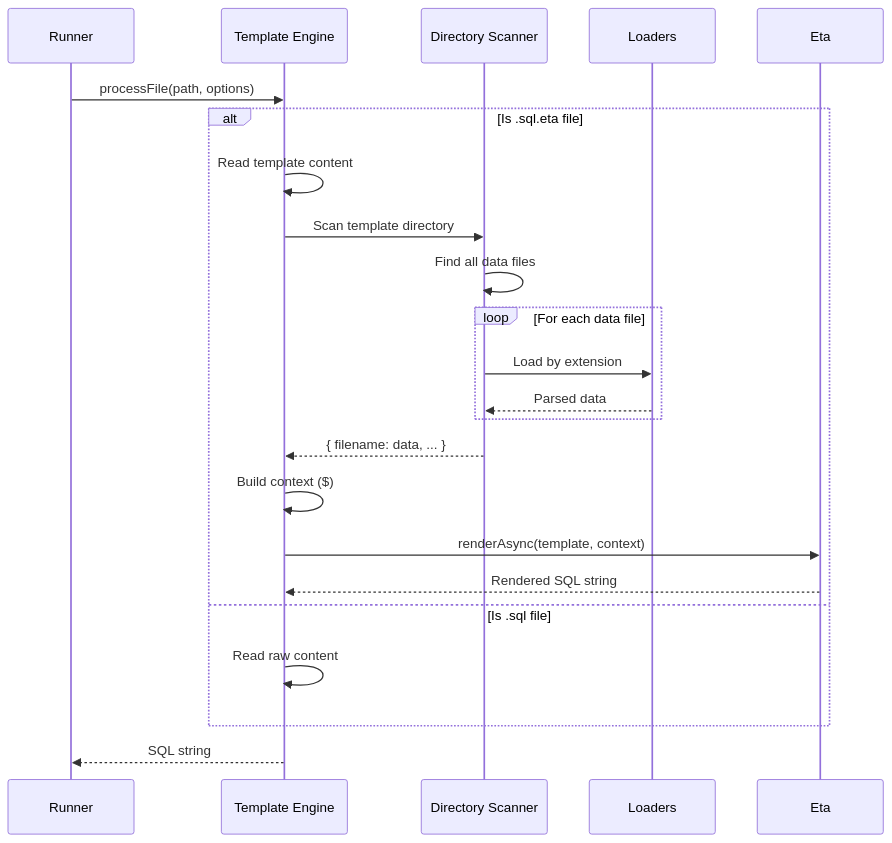
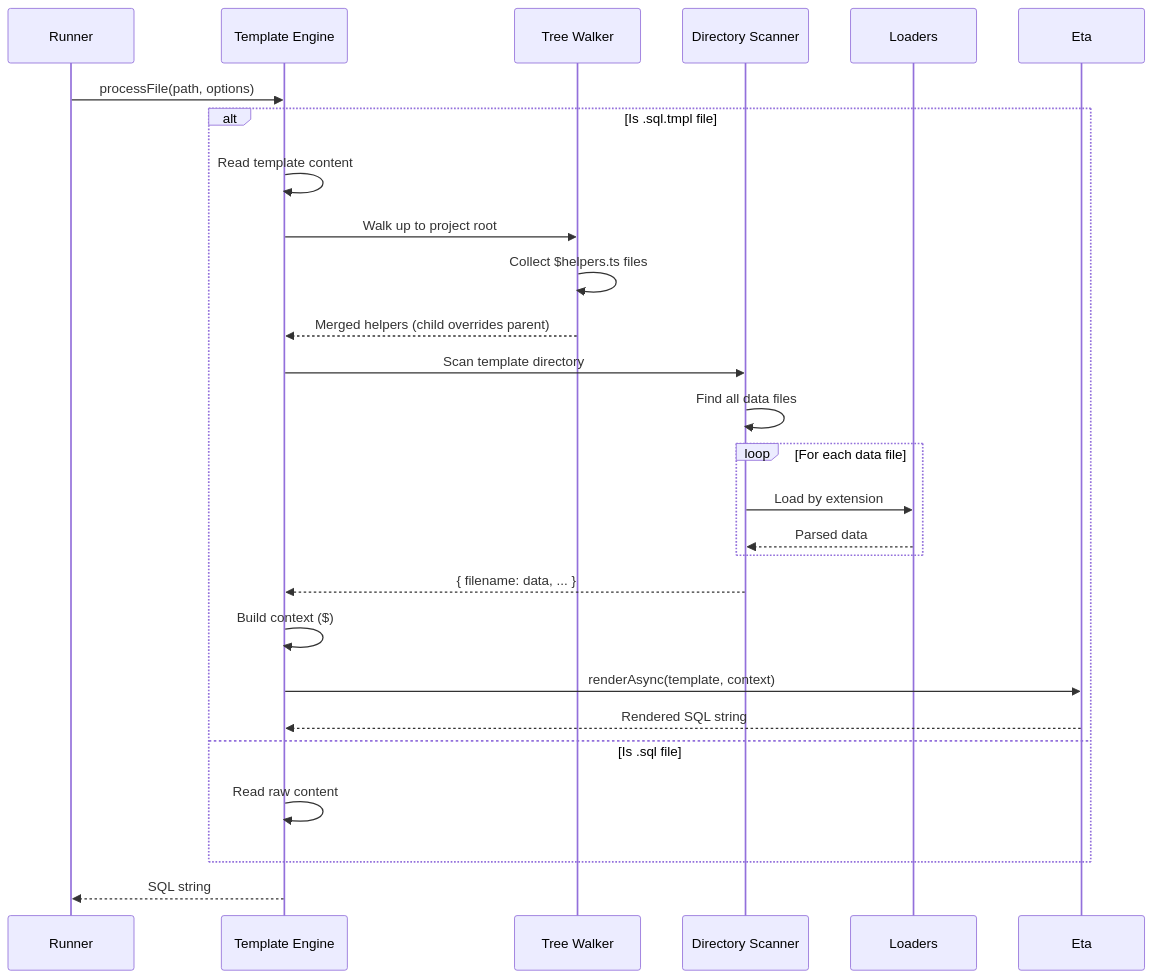
The second of 2 diagrams in plan/template.md (noormdev/noorm), drawn with Mermaid before and after one commit. The commit also changed other lines of this file and 32 other files, not shown here.

````diff
--- a/plan/template.md
+++ b/plan/template.md
@@ -61,30 +68,34 @@
 ```mermaid
 sequenceDiagram
     participant Runner
     participant Engine as Template Engine
+    participant Tree as Tree Walker
     participant Scanner as Directory Scanner
     participant Loaders
     participant Eta
 
     Runner->>Engine: processFile(path, options)
 
-    alt Is .sql.eta file
+    alt Is .sql.tmpl file
         Engine->>Engine: Read template content
+        Engine->>Tree: Walk up to project root
+        Tree->>Tree: Collect $helpers.ts files
+        Tree-->>Engine: Merged helpers (child overrides parent)
         Engine->>Scanner: Scan template directory
         Scanner->>Scanner: Find all data files
 
         loop For each data file
             Scanner->>Loaders: Load by extension
             Loaders-->>Scanner: Parsed data
         end
 
         Scanner-->>Engine: { filename: data, ... }
         Engine->>Engine: Build context ($)
         Engine->>Eta: renderAsync(template, context)
         Eta-->>Engine: Rendered SQL string
     else Is .sql file
         Engine->>Engine: Read raw content
     end
 
     Engine-->>Runner: SQL string
 ```
````
